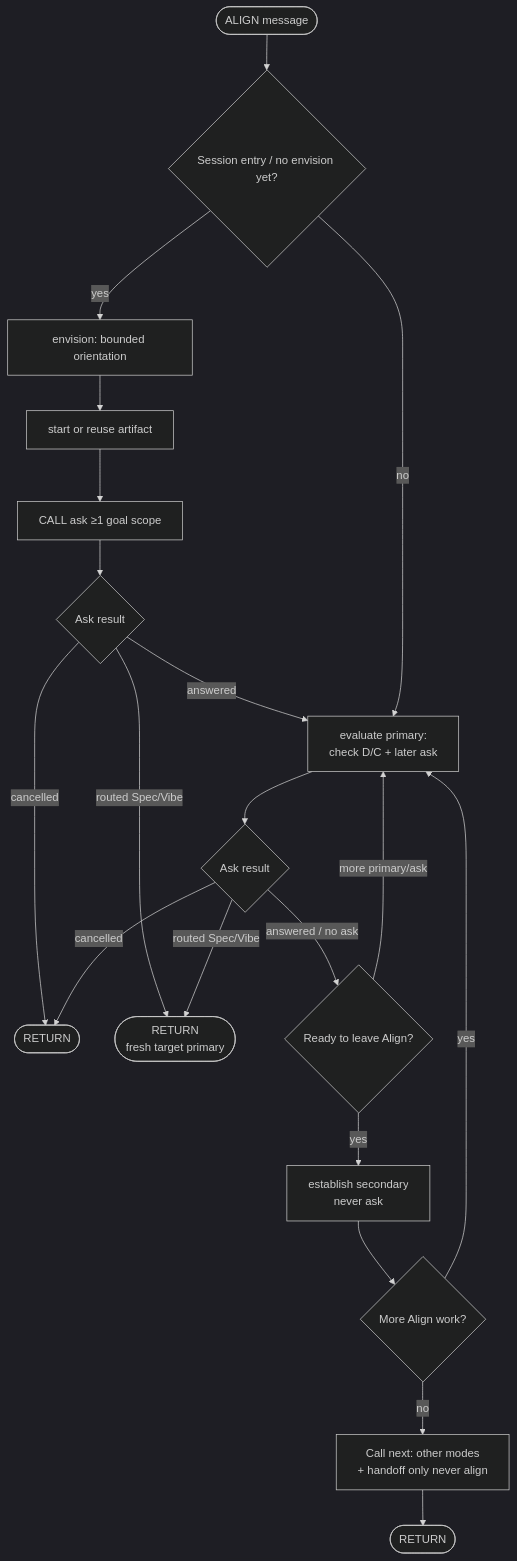
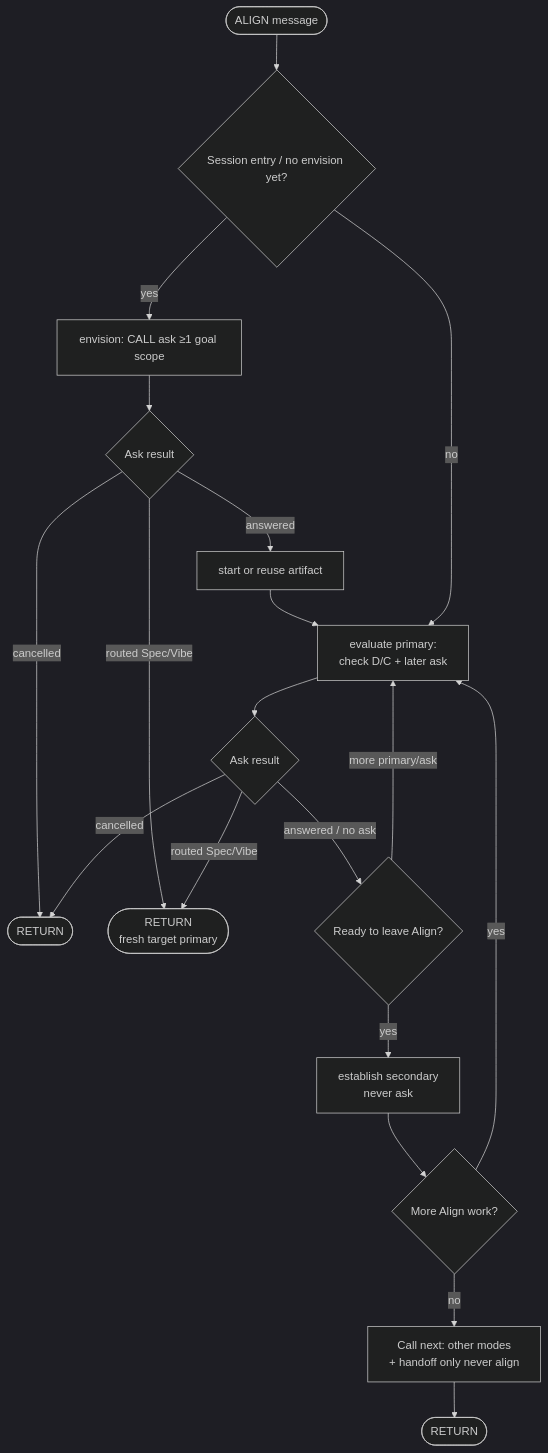
Before and after one commit to dhumdil-apps/pi-director: the fourth of 12 diagrams in docs/AGENT-WORKFLOW-DIAGRAMS.md, drawn with Mermaid (dark theme). The commit also changed other lines of this file and 21 other files, not shown here.

First line of the commit message:
feat(workflow): FSM v2.6.6 ask-before-start and next-gate hardening

````diff
--- a/docs/AGENT-WORKFLOW-DIAGRAMS.md
+++ b/docs/AGENT-WORKFLOW-DIAGRAMS.md
@@ -100,22 +100,21 @@
 ```mermaid
 flowchart TD
     Enter([ALIGN message]) --> Entry{Session entry / no envision yet?}
-    Entry -- yes --> Orient[envision: bounded orientation]
-    Orient --> Artifact[start or reuse artifact]
-    Artifact --> ScopeAsk[CALL ask ≥1 goal scope]
+    Entry -- yes --> ScopeAsk[envision: CALL ask ≥1 goal scope]
     ScopeAsk --> ScopeResult{Ask result}
     ScopeResult -- cancelled --> Stop([RETURN])
     ScopeResult -- routed Spec/Vibe --> Settle([RETURN<br/>fresh target primary])
-    ScopeResult -- answered --> Eval
+    ScopeResult -- answered --> Artifact[start or reuse artifact]
+    Artifact --> Eval
     Entry -- no --> Eval[evaluate primary:<br/>check D/C + later ask]
     Eval --> AskResult{Ask result}
     AskResult -- cancelled --> Stop
     AskResult -- routed Spec/Vibe --> Settle
     AskResult -- answered / no ask --> Gate{Ready to leave Align?}
     Gate -- more primary/ask --> Eval
     Gate -- yes --> Est[establish secondary<br/>never ask]
     Est --> Back{More Align work?}
     Back -- yes --> Eval
     Back -- no --> Next["Call next: other modes<br/>+ handoff only never align"]
     Next --> Done([RETURN])
 ```
````
